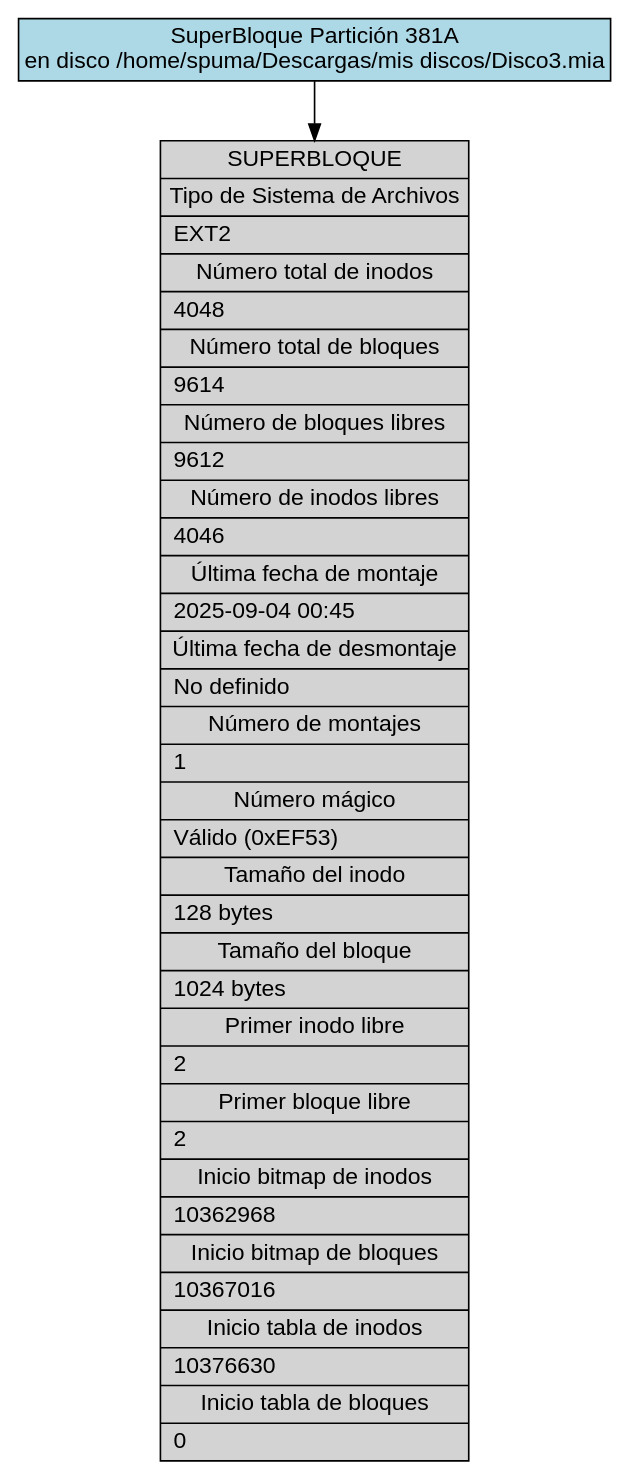
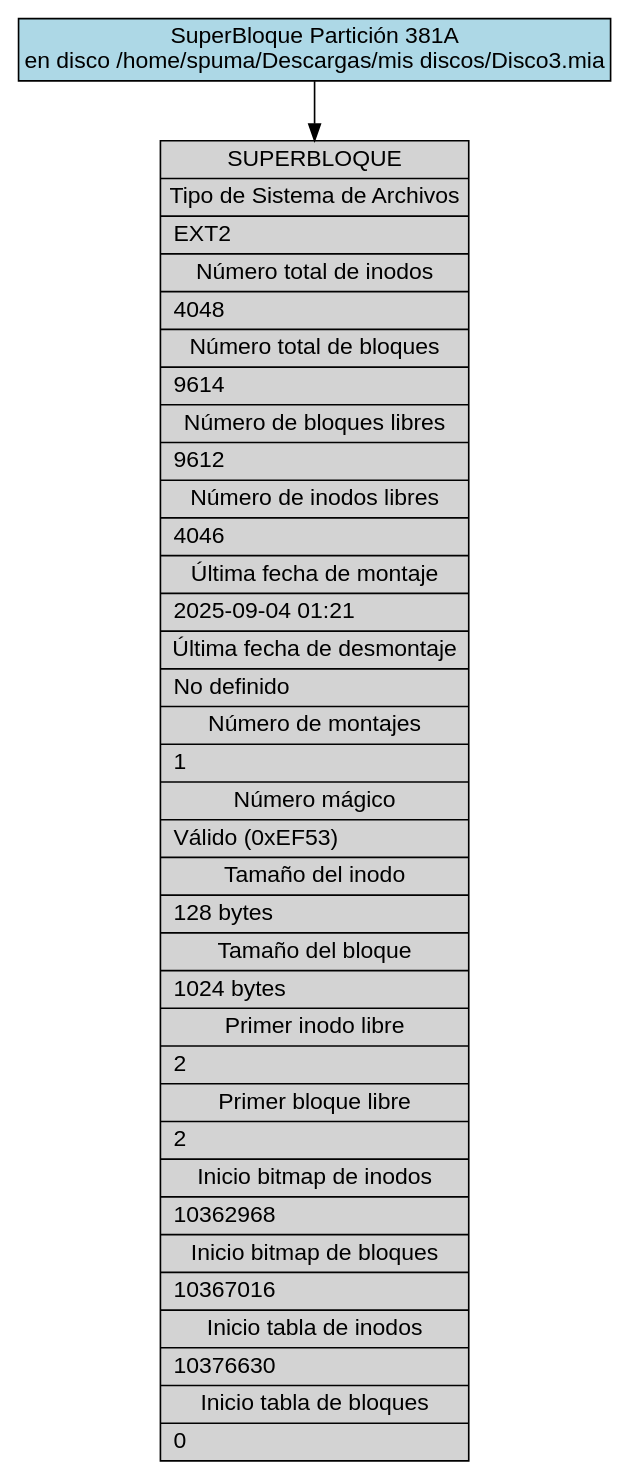
The diagram in backend/provider/reports/src/sb_381A.dot (DiegVas/MIA_2S2025_P1_202300638), drawn with Graphviz before and after one commit. The commit also changed 9 other files, not shown here.

```diff
--- a/backend/provider/reports/src/sb_381A.dot
+++ b/backend/provider/reports/src/sb_381A.dot
@@ -1,13 +1,13 @@
 digraph Superblock_Report {
     rankdir=TB;
     node [shape=record, fontname="Arial"];
     edge [fontname="Arial"];
     graph [fontname="Arial"];
 
     title [label="SuperBloque Partición 381A\nen disco /home/spuma/Descargas/mis discos/Disco3.mia", shape=box, style=filled, fillcolor=lightblue];
 
-    superblock [label="{SUPERBLOQUE|Tipo de Sistema de Archivos|EXT2\l|Número total de inodos|4048\l|Número total de bloques|9614\l|Número de bloques libres|9612\l|Número de inodos libres|4046\l|Última fecha de montaje|2025-09-04 00:45\l|Última fecha de desmontaje|No definido\l|Número de montajes|1\l|Número mágico|Válido (0xEF53)\l|Tamaño del inodo|128 bytes\l|Tamaño del bloque|1024 bytes\l|Primer inodo libre|2\l|Primer bloque libre|2\l|Inicio bitmap de inodos|10362968\l|Inicio bitmap de bloques|10367016\l|Inicio tabla de inodos|10376630\l|Inicio tabla de bloques|0\l}", style=filled, fillcolor=lightgray];
+    superblock [label="{SUPERBLOQUE|Tipo de Sistema de Archivos|EXT2\l|Número total de inodos|4048\l|Número total de bloques|9614\l|Número de bloques libres|9612\l|Número de inodos libres|4046\l|Última fecha de montaje|2025-09-04 01:21\l|Última fecha de desmontaje|No definido\l|Número de montajes|1\l|Número mágico|Válido (0xEF53)\l|Tamaño del inodo|128 bytes\l|Tamaño del bloque|1024 bytes\l|Primer inodo libre|2\l|Primer bloque libre|2\l|Inicio bitmap de inodos|10362968\l|Inicio bitmap de bloques|10367016\l|Inicio tabla de inodos|10376630\l|Inicio tabla de bloques|0\l}", style=filled, fillcolor=lightgray];
 
     title -> superblock;
 
 }
```
